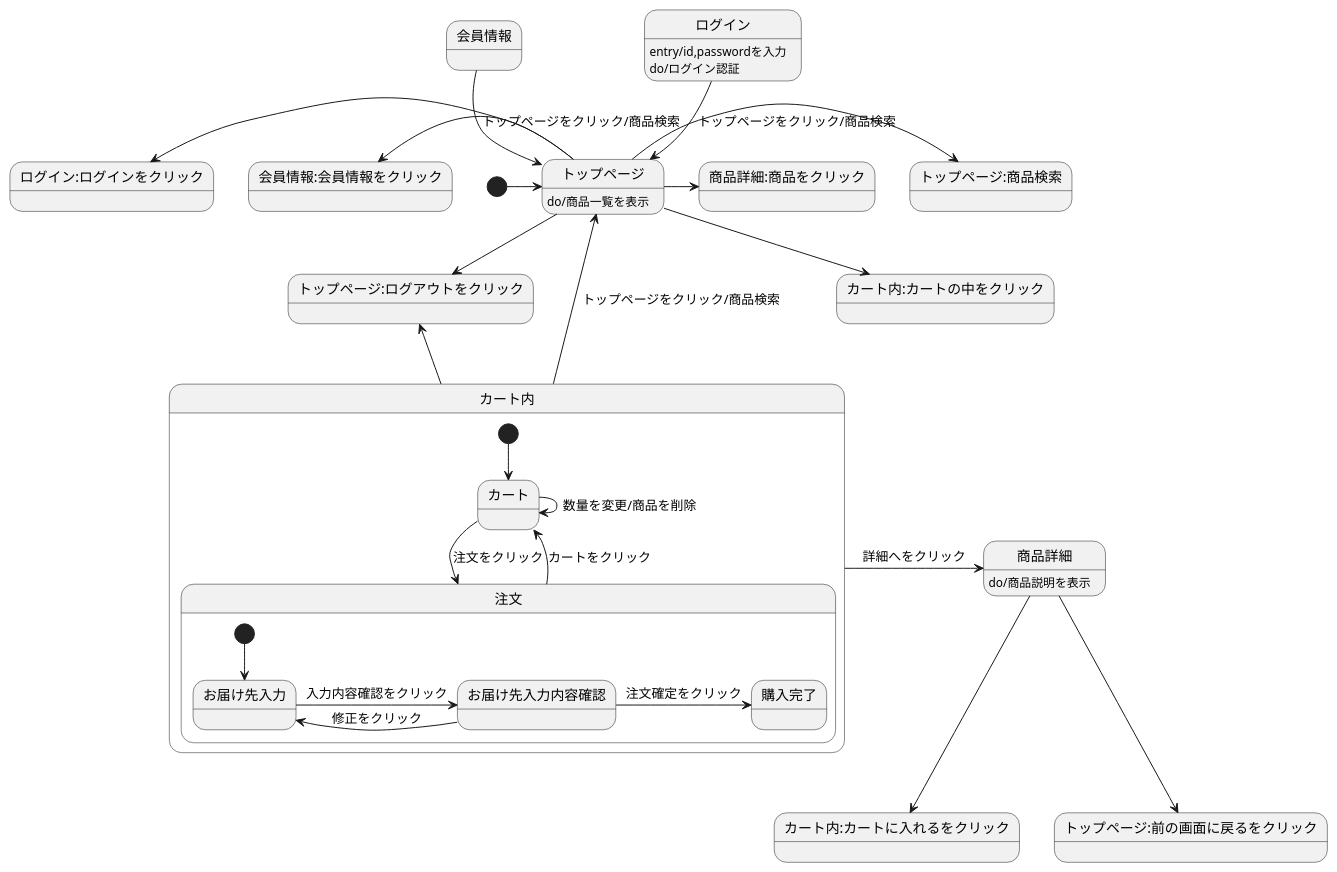
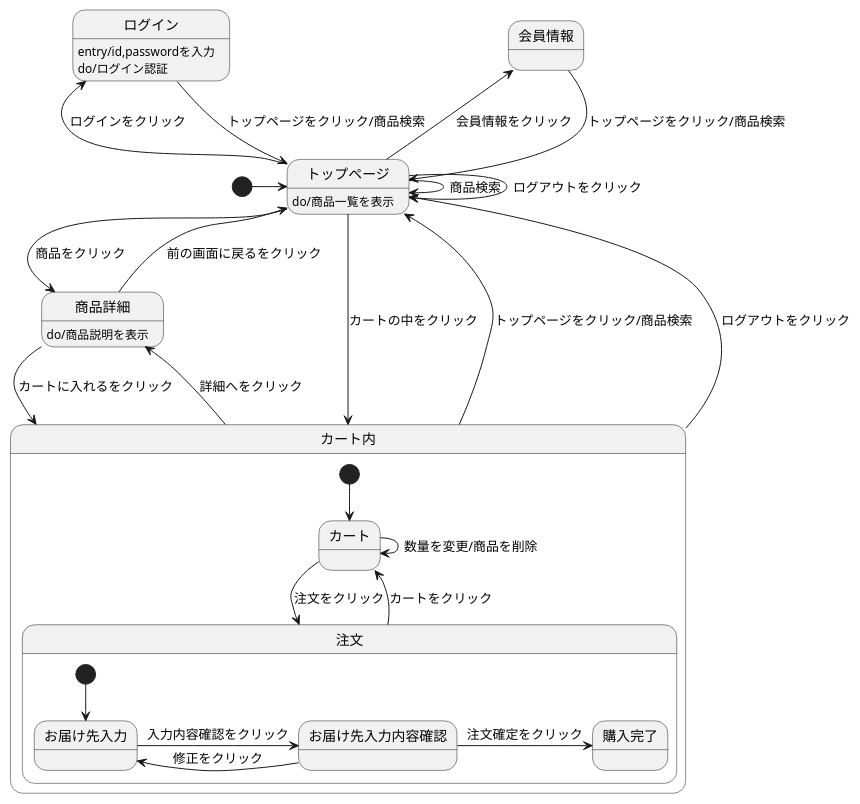
One commit to Aso2001165/2021sys-design-3 changed the diagram in stm01.md. Above: the diagram before and after it, drawn with PlantUML.

````diff
--- a/stm01.md
+++ b/stm01.md
@@ -1,35 +1,35 @@
 ```uml
 @startuml
 [*] -> トップページ
-会員情報 --> トップページ:トップページをクリック/商品検索
-ログイン --> トップページ:トップページをクリック/商品検索
+会員情報 --> トップページ : トップページをクリック/商品検索
+ログイン --> トップページ : トップページをクリック/商品検索
 ログイン:entry/id,passwordを入力
 ログイン:do/ログイン認証
-トップページ --> トップページ:ログアウトをクリック
-トップページ -> トップページ:商品検索
-トップページ -> 商品詳細:商品をクリック
-トップページ -left-> 会員情報:会員情報をクリック
-トップページ -left-> ログイン:ログインをクリック
-トップページ --> カート内:カートの中をクリック
+トップページ --> トップページ : ログアウトをクリック
+トップページ -> トップページ : 商品検索
+トップページ -> 商品詳細 : 商品をクリック
+トップページ -left-> 会員情報 : 会員情報をクリック
+トップページ -left-> ログイン : ログインをクリック
+トップページ --> カート内 : カートの中をクリック
 トップページ:do/商品一覧を表示
-商品詳細 --> カート内:カートに入れるをクリック
-商品詳細 --> トップページ:前の画面に戻るをクリック
+商品詳細 --> カート内 : カートに入れるをクリック
+商品詳細 --> トップページ : 前の画面に戻るをクリック
 商品詳細:do/商品説明を表示
-カート内 -up-> トップページ:トップページをクリック/商品検索
-カート内 -up-> トップページ:ログアウトをクリック
+カート内 -up-> トップページ : トップページをクリック/商品検索
+カート内 -up-> トップページ : ログアウトをクリック
 カート内 -> 商品詳細 : 詳細へをクリック
 
 state カート内 {
  [*] --> カート
  カート -> 注文 : 注文をクリック
  カート -> カート : 数量を変更/商品を削除
  注文 --> カート : カートをクリック
 state 注文 {
  [*] --> お届け先入力
  お届け先入力 -> お届け先入力内容確認 : 入力内容確認をクリック
  お届け先入力内容確認 -> お届け先入力 : 修正をクリック
  お届け先入力内容確認 -> 購入完了 : 注文確定をクリック
  }
 }
 @enduml
 ```
````
